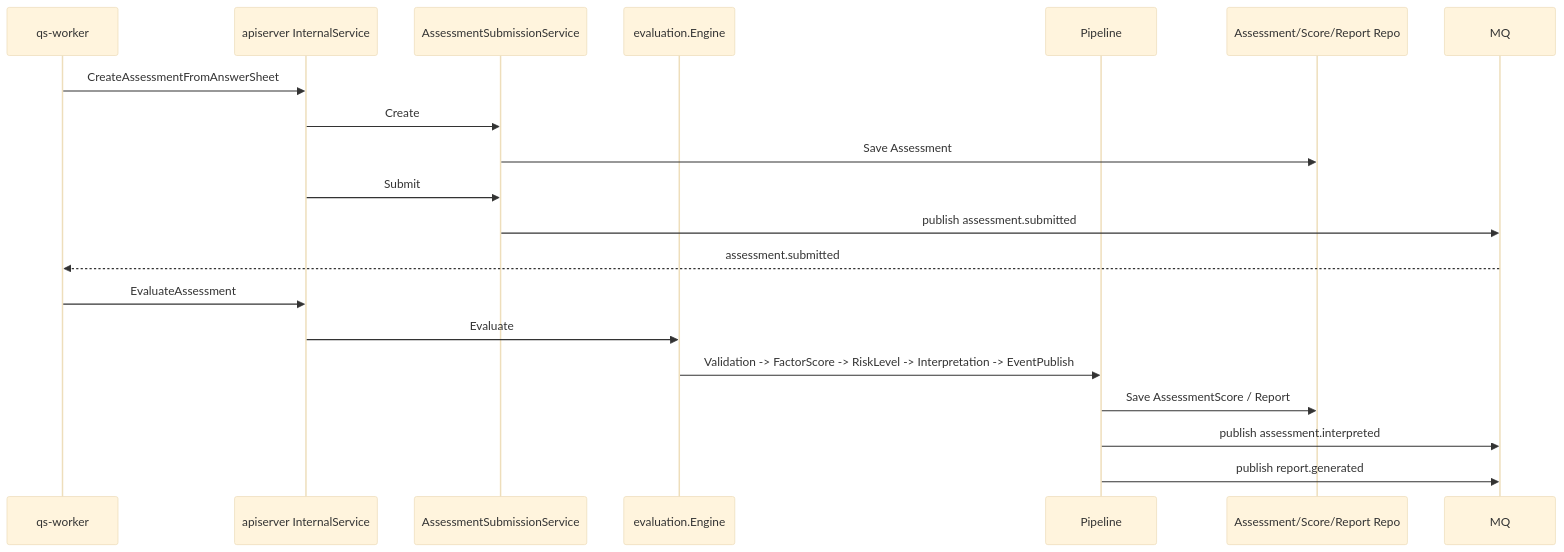
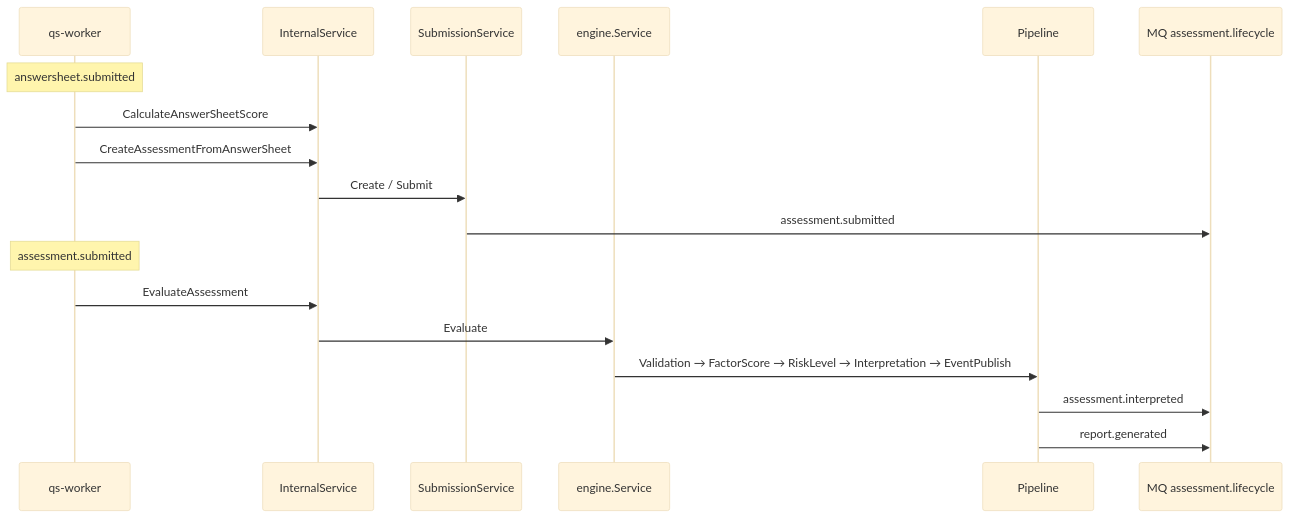
The fourth of 4 diagrams in docs/02-业务模块/03-evaluation.md (FangcunMount/qs-server), drawn with Mermaid (base theme) before and after one commit. The commit also changed other lines of this file and 34 other files, not shown here.

````diff
--- a/docs/02-业务模块/03-evaluation.md
+++ b/docs/02-业务模块/03-evaluation.md
@@ -205,23 +231,22 @@
 ```mermaid
 sequenceDiagram
-    participant Worker as qs-worker
-    participant Internal as apiserver InternalService
-    participant Submission as AssessmentSubmissionService
-    participant Engine as evaluation.Engine
-    participant Pipeline as Pipeline
-    participant Repo as Assessment/Score/Report Repo
-    participant MQ as MQ
+    participant W as qs-worker
+    participant I as InternalService
+    participant Sub as SubmissionService
+    participant Eng as engine.Service
+    participant P as Pipeline
+    participant MQ as MQ assessment.lifecycle
 
-    Worker->>Internal: CreateAssessmentFromAnswerSheet
-    Internal->>Submission: Create
-    Submission->>Repo: Save Assessment
-    Internal->>Submission: Submit
-    Submission->>MQ: publish assessment.submitted
-    MQ-->>Worker: assessment.submitted
-    Worker->>Internal: EvaluateAssessment
-    Internal->>Engine: Evaluate
-    Engine->>Pipeline: Validation -> FactorScore -> RiskLevel -> Interpretation -> EventPublish
-    Pipeline->>Repo: Save AssessmentScore / Report
-    Pipeline->>MQ: publish assessment.interpreted
-    Pipeline->>MQ: publish report.generated
+    Note over W: answersheet.submitted
+    W->>I: CalculateAnswerSheetScore
+    W->>I: CreateAssessmentFromAnswerSheet
+    I->>Sub: Create / Submit
+    Sub->>MQ: assessment.submitted
+
+    Note over W: assessment.submitted
+    W->>I: EvaluateAssessment
+    I->>Eng: Evaluate
+    Eng->>P: Validation → FactorScore → RiskLevel → Interpretation → EventPublish
+    P->>MQ: assessment.interpreted
+    P->>MQ: report.generated
 ```
````
